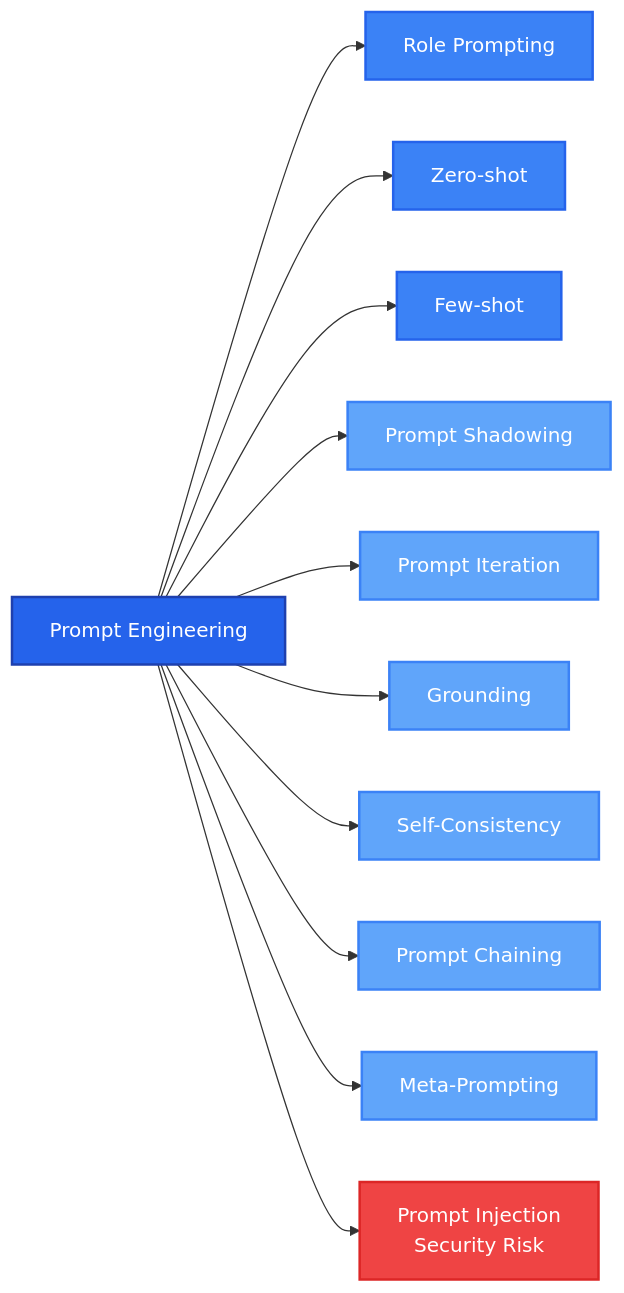
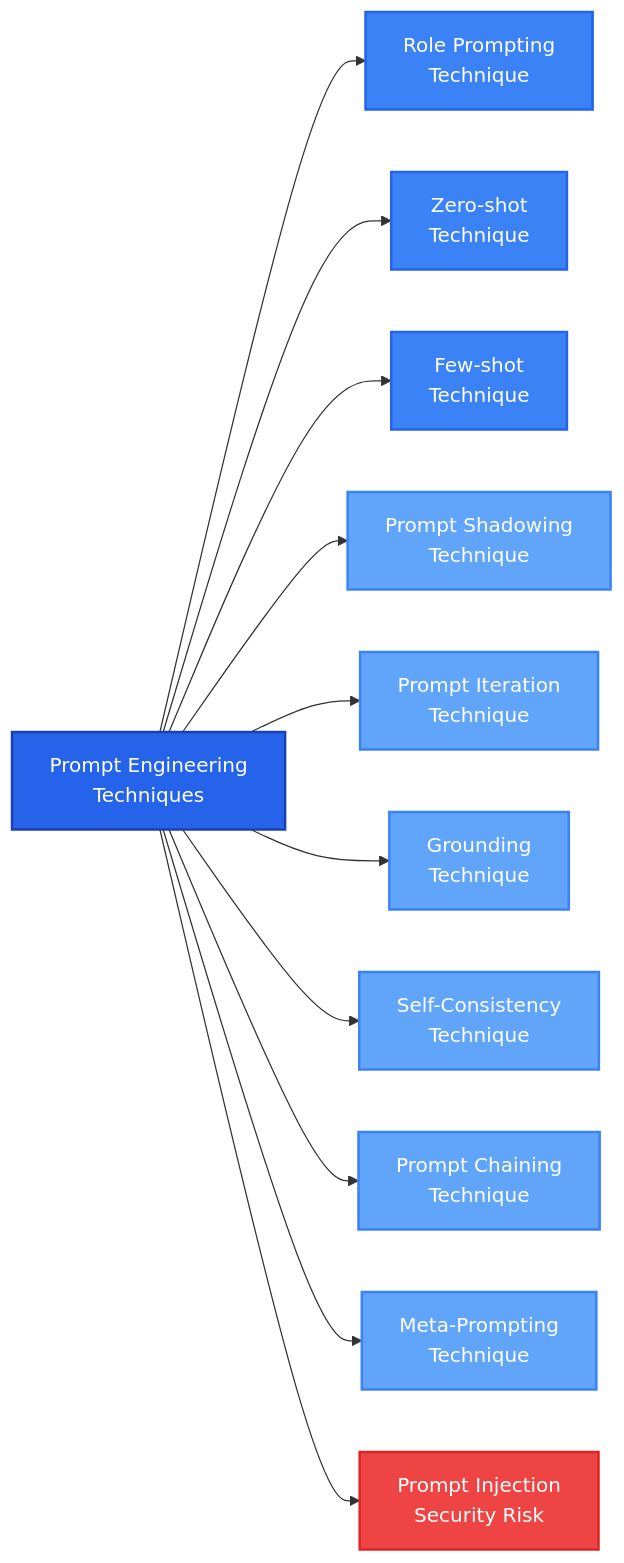
Before and after one commit to cifuentescossio/ai-learning-notes: the first of 2 diagrams in 01-concepts/AI-Prompt-Engineering.md, drawn with Mermaid. The commit also changed other lines of this file and 2 other files, not shown here.

First line of the commit message:
Refactor workspace and update AI-Basics and AI-Prompt-Engineering content

````diff
--- a/01-concepts/AI-Prompt-Engineering.md
+++ b/01-concepts/AI-Prompt-Engineering.md
@@ -9,25 +9,25 @@
 ```mermaid
 graph LR
-    A[Prompt Engineering] --> B[Role Prompting]
-    A --> C[Zero-shot]
-    A --> D[Few-shot]
-    A --> E[Prompt Shadowing]
-    A --> F[Prompt Iteration]
-    A --> G[Grounding]
-    A --> H[Self-Consistency]
-    A --> I[Prompt Chaining]
-    A --> J[Meta-Prompting]
+    A[Prompt Engineering<br/>Techniques] --> B[Role Prompting<br/>Technique]
+    A --> C[Zero-shot<br/>Technique]
+    A --> D[Few-shot<br/>Technique]
+    A --> E[Prompt Shadowing<br/>Technique]
+    A --> F[Prompt Iteration<br/>Technique]
+    A --> G[Grounding<br/>Technique]
+    A --> H[Self-Consistency<br/>Technique]
+    A --> I[Prompt Chaining<br/>Technique]
+    A --> J[Meta-Prompting<br/>Technique]
     A --> K[Prompt Injection<br/>Security Risk]
     
     style A fill:#2563eb,stroke:#1e40af,stroke-width:2px,color:#fff
     style B fill:#3b82f6,stroke:#2563eb,stroke-width:2px,color:#fff
     style C fill:#3b82f6,stroke:#2563eb,stroke-width:2px,color:#fff
     style D fill:#3b82f6,stroke:#2563eb,stroke-width:2px,color:#fff
     style E fill:#60a5fa,stroke:#3b82f6,stroke-width:2px,color:#fff
     style F fill:#60a5fa,stroke:#3b82f6,stroke-width:2px,color:#fff
     style G fill:#60a5fa,stroke:#3b82f6,stroke-width:2px,color:#fff
     style H fill:#60a5fa,stroke:#3b82f6,stroke-width:2px,color:#fff
     style I fill:#60a5fa,stroke:#3b82f6,stroke-width:2px,color:#fff
     style J fill:#60a5fa,stroke:#3b82f6,stroke-width:2px,color:#fff
     style K fill:#ef4444,stroke:#dc2626,stroke-width:2px,color:#fff
 ```
````
